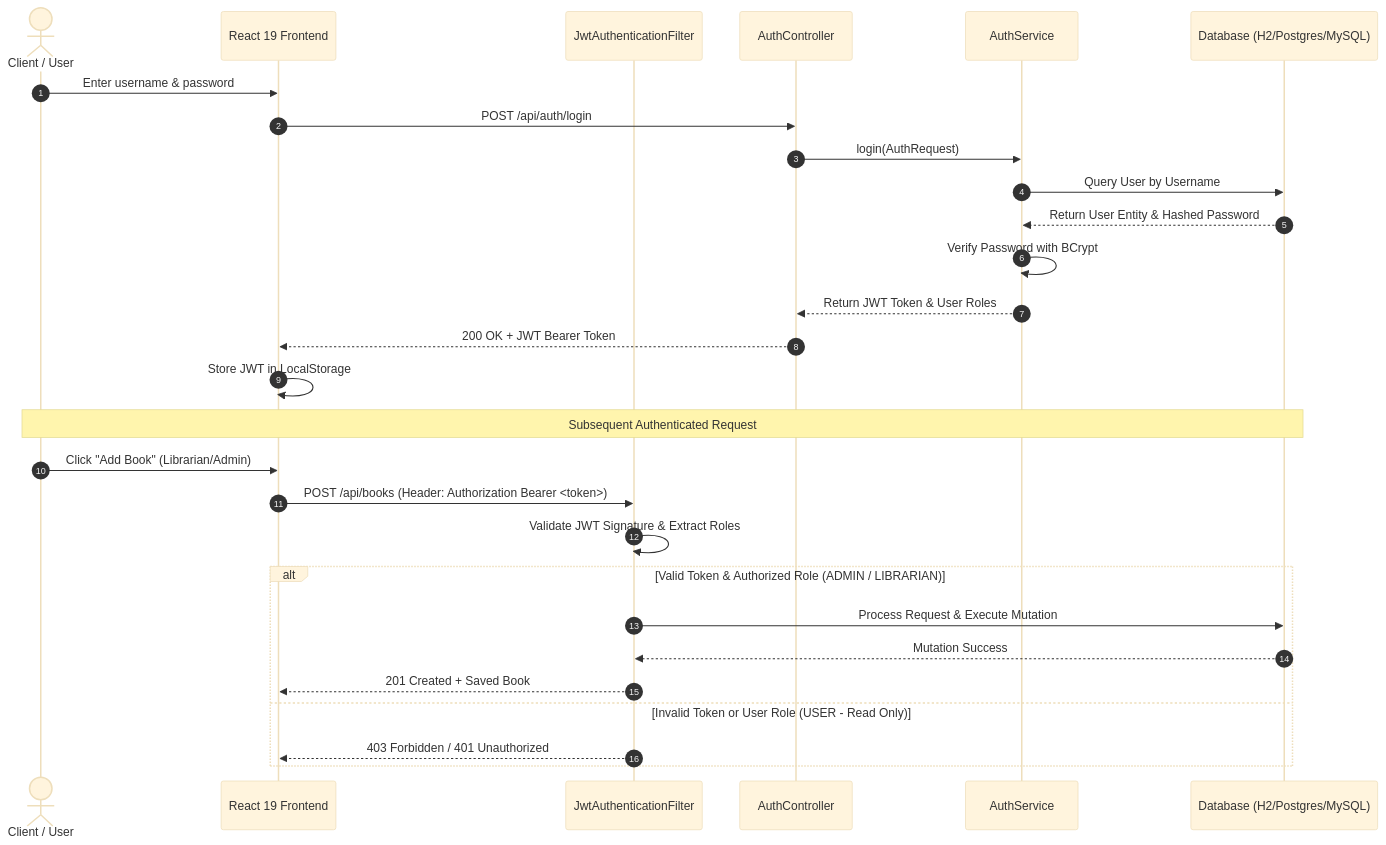
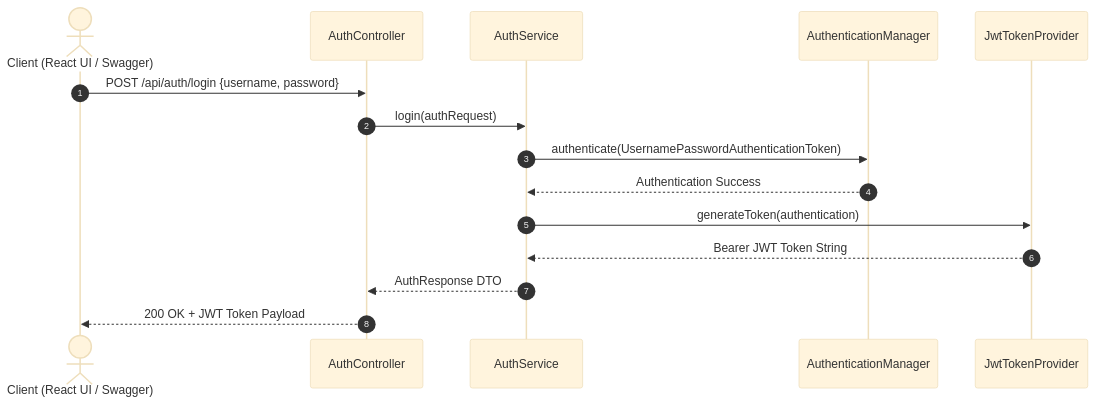
One commit to syskantechnosoft/bookstore changed the fourth of 5 diagrams in README.md. Above: the diagram before and after it, drawn with Mermaid (base theme). The commit also changed other lines of this file, not shown here.

Commit message:
Add Swagger UI testing guide with sample request JSON payloads to README.md

````diff
--- a/README.md
+++ b/README.md
@@ -180,32 +177,18 @@
 ```mermaid
 sequenceDiagram
     autonumber
-    actor User as Client / User
-    participant React as React 19 Frontend
-    participant Security as JwtAuthenticationFilter
+    actor User as Client (React UI / Swagger)
     participant AuthCtrl as AuthController
     participant AuthSvc as AuthService
-    participant DB as Database (H2/Postgres/MySQL)
+    participant AuthMgr as AuthenticationManager
+    participant JwtProv as JwtTokenProvider
 
-    User->>React: Enter username & password
-    React->>AuthCtrl: POST /api/auth/login
-    AuthCtrl->>AuthSvc: login(AuthRequest)
-    AuthSvc->>DB: Query User by Username
-    DB-->>AuthSvc: Return User Entity & Hashed Password
-    AuthSvc->>AuthSvc: Verify Password with BCrypt
-    AuthSvc-->>AuthCtrl: Return JWT Token & User Roles
-    AuthCtrl-->>React: 200 OK + JWT Bearer Token
-    React->>React: Store JWT in LocalStorage
-
-    Note over User, DB: Subsequent Authenticated Request
-    User->>React: Click "Add Book" (Librarian/Admin)
-    React->>Security: POST /api/books (Header: Authorization Bearer <token>)
-    Security->>Security: Validate JWT Signature & Extract Roles
-    alt Valid Token & Authorized Role (ADMIN / LIBRARIAN)
-        Security->>DB: Process Request & Execute Mutation
-        DB-->>Security: Mutation Success
-        Security-->>React: 201 Created + Saved Book
-    else Invalid Token or User Role (USER - Read Only)
-        Security-->>React: 403 Forbidden / 401 Unauthorized
-    end
+    User->>AuthCtrl: POST /api/auth/login {username, password}
+    AuthCtrl->>AuthSvc: login(authRequest)
+    AuthSvc->>AuthMgr: authenticate(UsernamePasswordAuthenticationToken)
+    AuthMgr-->>AuthSvc: Authentication Success
+    AuthSvc->>JwtProv: generateToken(authentication)
+    JwtProv-->>AuthSvc: Bearer JWT Token String
+    AuthSvc-->>AuthCtrl: AuthResponse DTO
+    AuthCtrl-->>User: 200 OK + JWT Token Payload
 ```
````
